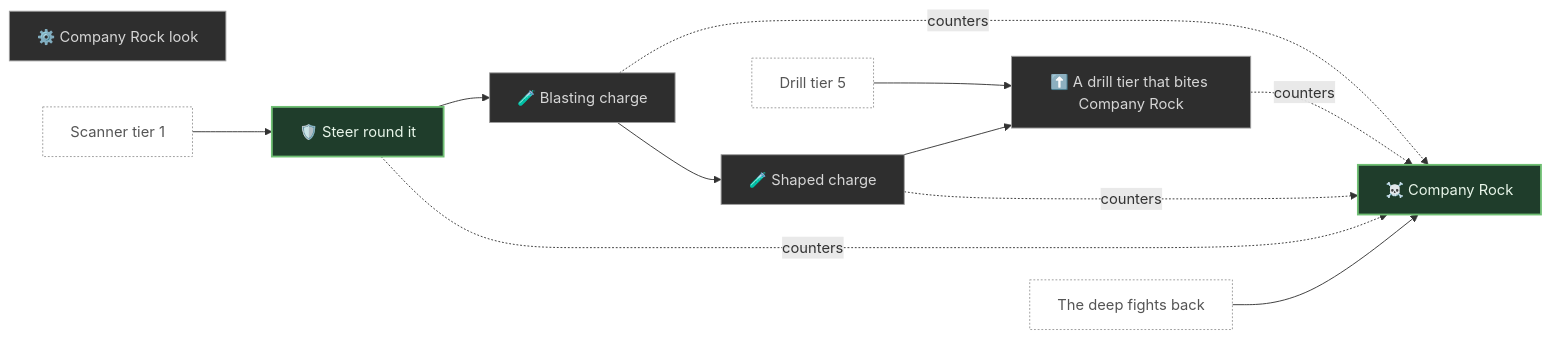
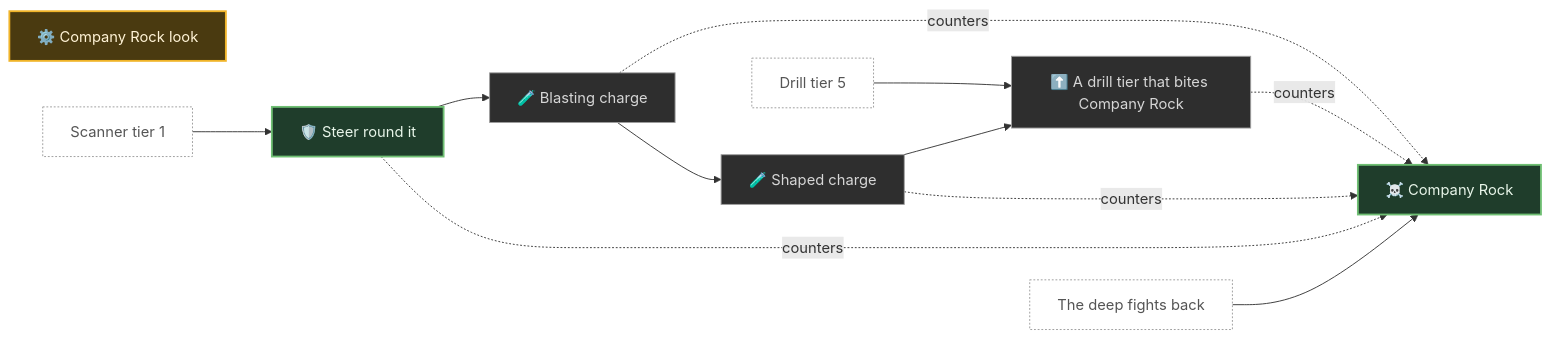
Diagram 17 of 30 in docs/FEATURE-MAP.md (pkeppeler/deepcharter), drawn with Mermaid before and after one commit. The commit also changed other lines of this file and 2 other files, not shown here.

First line of the commit message:
Feature map: five pieces of work in flight are in progress

````diff
--- a/docs/FEATURE-MAP.md
+++ b/docs/FEATURE-MAP.md
@@ -881,30 +880,31 @@
 ```mermaid
 flowchart LR
   n_company_rock["☠️ Company Rock"]
   n_company_rock_look["⚙️ Company Rock look"]
   n_sidestep["🛡️ Steer round it"]
   n_blasting_charge["🧪 Blasting charge"]
   n_shaped_charge["🧪 Shaped charge"]
   n_rock_drill_tier["⬆️ A drill tier that bites Company Rock"]
   n_drill_t5["Drill tier 5"]
   n_scanner_t1["Scanner tier 1"]
   n_the_deep_bites["The deep fights back"]
   n_blasting_charge -. counters .-> n_company_rock
   n_blasting_charge --> n_shaped_charge
   n_drill_t5 --> n_rock_drill_tier
   n_rock_drill_tier -. counters .-> n_company_rock
   n_scanner_t1 --> n_sidestep
   n_shaped_charge -. counters .-> n_company_rock
   n_shaped_charge --> n_rock_drill_tier
   n_sidestep --> n_blasting_charge
   n_sidestep -. counters .-> n_company_rock
   n_the_deep_bites --> n_company_rock
   classDef built fill:#1f3d2b,stroke:#6fbf73,stroke-width:2px,color:#e8f5e9
   classDef progress fill:#4a3a10,stroke:#f0b429,stroke-width:2px,color:#fff3d6
   classDef planned fill:#2e2e2e,stroke:#9e9e9e,stroke-width:1px,color:#d6d6d6
   classDef idea fill:#1a1a1a,stroke:#757575,stroke-width:1px,stroke-dasharray:4 3,color:#a0a0a0
   classDef ext fill:#ffffff,stroke:#999999,stroke-width:1px,stroke-dasharray:2 2,color:#555555
   class n_company_rock,n_sidestep built
-  class n_company_rock_look,n_blasting_charge,n_shaped_charge,n_rock_drill_tier planned
+  class n_company_rock_look progress
+  class n_blasting_charge,n_shaped_charge,n_rock_drill_tier planned
   class n_drill_t5,n_scanner_t1,n_the_deep_bites ext
 ```
````
